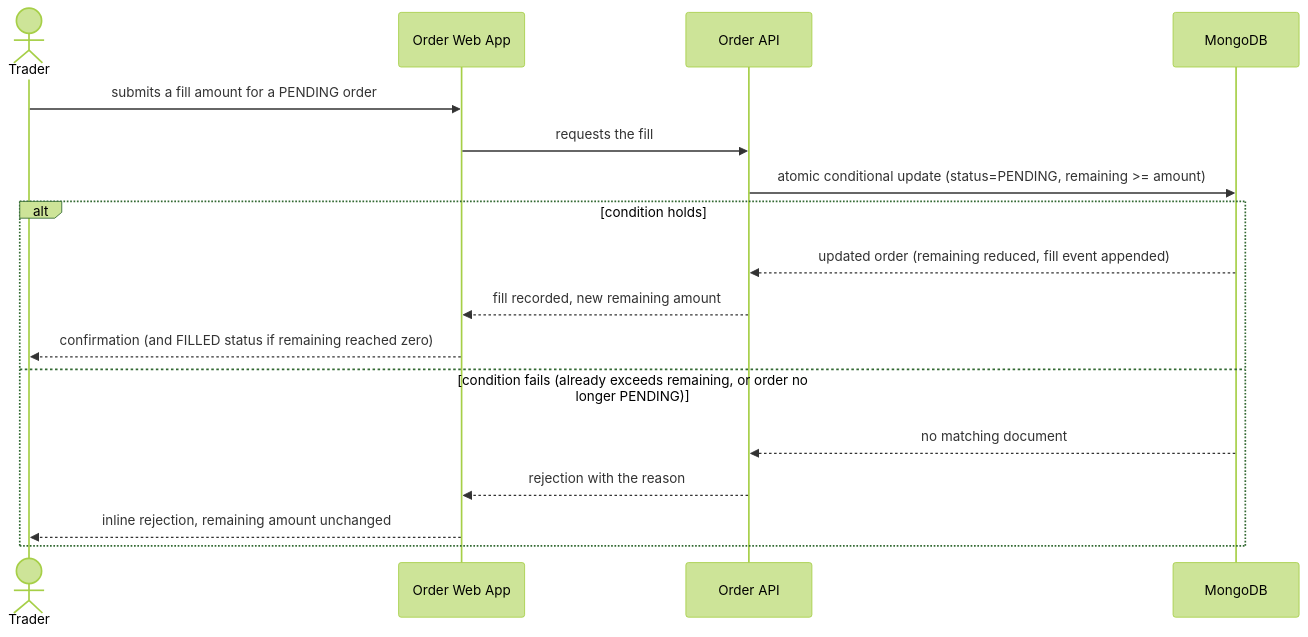
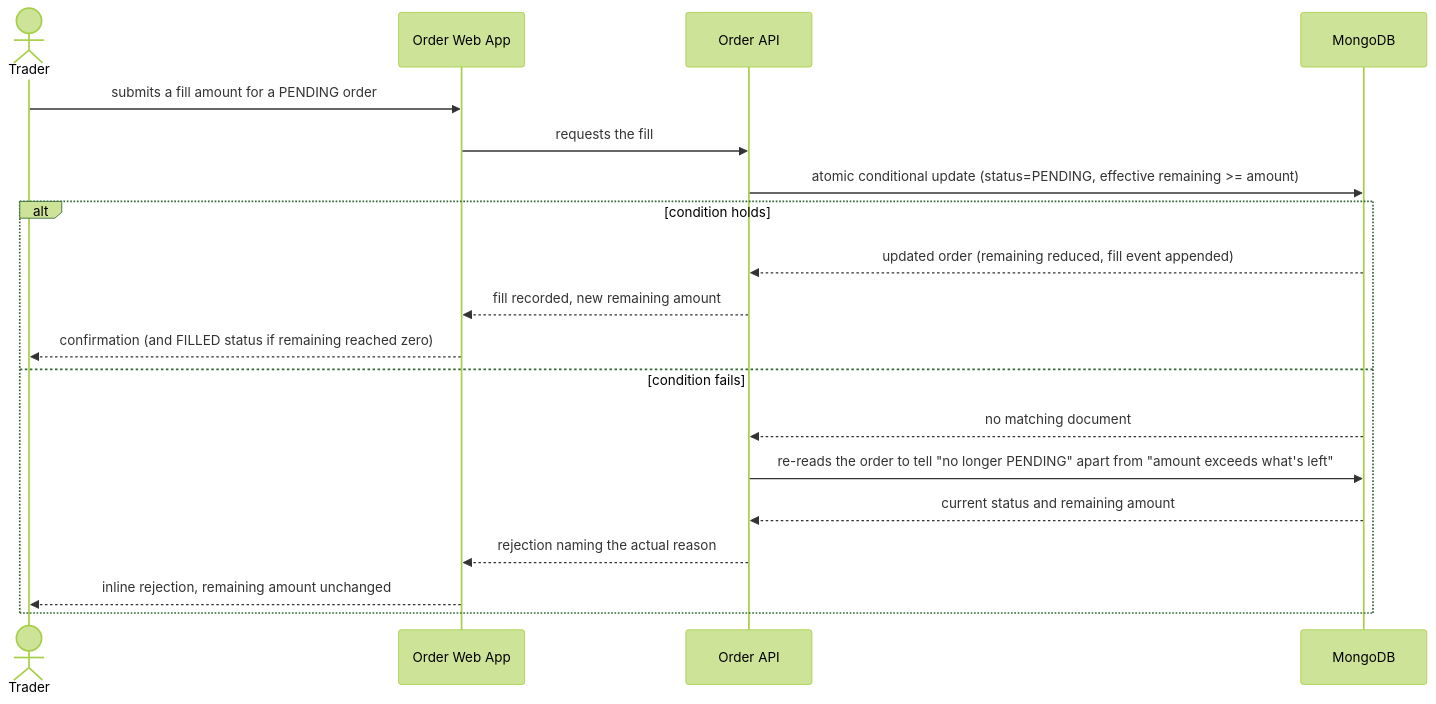
One commit to marynabieliaieva/currency-exchange changed the third of 4 diagrams in docs/features/manage-orders/sad.md. Above: the diagram before and after it, drawn with Mermaid (forest theme). The commit also changed other lines of this file and 1 other file, not shown here.

````diff
--- a/docs/features/manage-orders/sad.md
+++ b/docs/features/manage-orders/sad.md
@@ -141,20 +141,22 @@
 ```mermaid
 sequenceDiagram
     actor Trader
     participant Web as Order Web App
     participant API as Order API
     participant DB as MongoDB
 
     Trader->>Web: submits a fill amount for a PENDING order
     Web->>API: requests the fill
-    API->>DB: atomic conditional update (status=PENDING, remaining >= amount)
+    API->>DB: atomic conditional update (status=PENDING, effective remaining >= amount)
     alt condition holds
         DB-->>API: updated order (remaining reduced, fill event appended)
         API-->>Web: fill recorded, new remaining amount
         Web-->>Trader: confirmation (and FILLED status if remaining reached zero)
-    else condition fails (already exceeds remaining, or order no longer PENDING)
+    else condition fails
         DB-->>API: no matching document
-        API-->>Web: rejection with the reason
+        API->>DB: re-reads the order to tell "no longer PENDING" apart from "amount exceeds what's left"
+        DB-->>API: current status and remaining amount
+        API-->>Web: rejection naming the actual reason
         Web-->>Trader: inline rejection, remaining amount unchanged
     end
 ```
````
